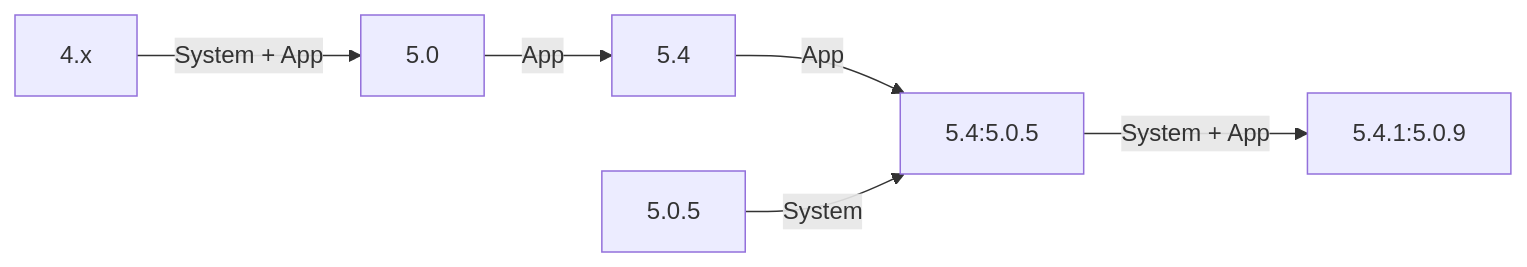
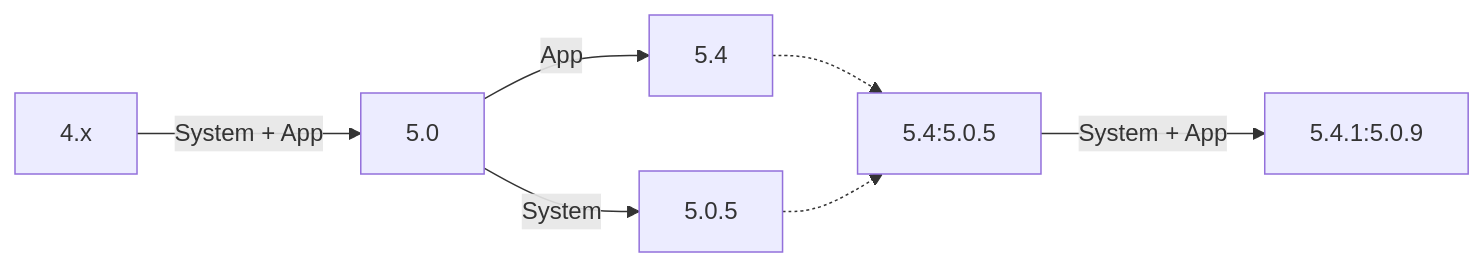
Before and after one commit to Thundergrid149/Thundergrid-Installer-Instructions: the diagram in Etrel Inch Firmware Update Procedure.md, drawn with Mermaid.

Commit message:
Update Etrel Inch Firmware Update Procedure.md

````diff
--- a/Etrel Inch Firmware Update Procedure.md
+++ b/Etrel Inch Firmware Update Procedure.md
@@ -50,10 +50,11 @@
 ```mermaid
 flowchart LR
 
 Z[4.x]-->|System + App|Y
 Y[5.0]-->| App |C
-C[5.4]-->| App |D
-B[5.0.5]-->| System |D
+Y[5.0]-->| System |B
+C[5.4].->|  |D
+B[5.0.5].->|  |D
 D[5.4:5.0.5]-->| System + App |E
 E[5.4.1:5.0.9]
 ```
````
